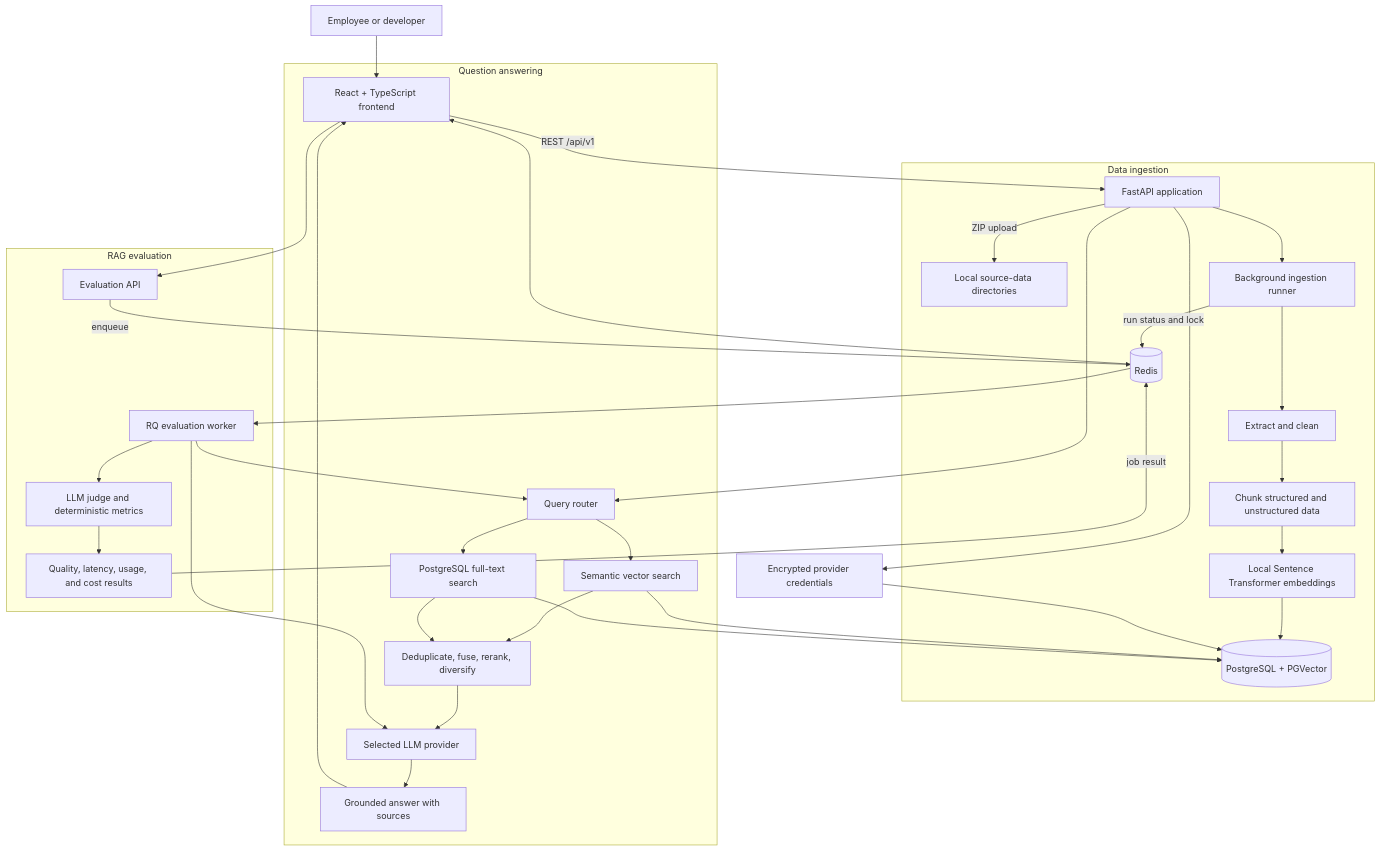
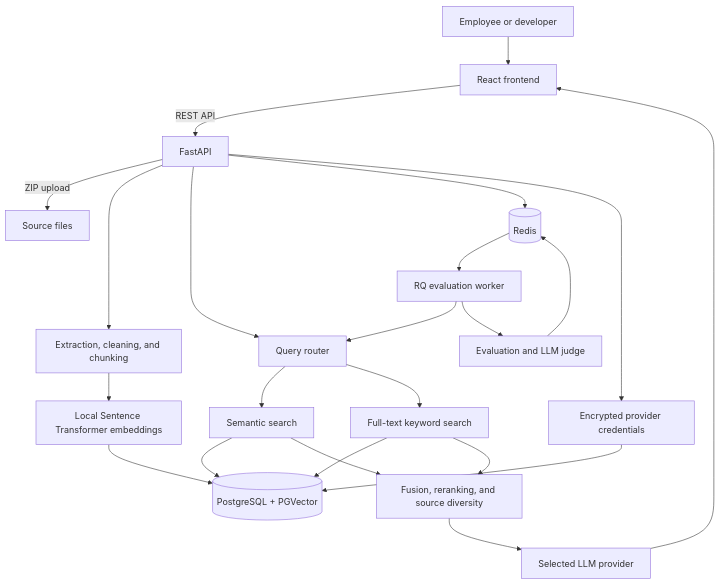
The diagram in README.md (arvind-mocha/Employee_Rag_System), drawn with Mermaid before and after one commit. The commit also changed other lines of this file and 3 other files, not shown here.

````diff
--- a/README.md
+++ b/README.md
@@ -58,43 +39,29 @@
 ```mermaid
 flowchart TB
-    User[Employee or developer] --> UI[React + TypeScript frontend]
-    UI -->|REST /api/v1| API[FastAPI application]
+    User[Employee or developer] --> UI[React frontend]
+    UI -->|REST API| API[FastAPI]
 
-    subgraph Ingestion["Data ingestion"]
-        API -->|ZIP upload| Files[Local source-data directories]
-        API --> Runner[Background ingestion runner]
-        Runner --> Extract[Extract and clean]
-        Extract --> Chunk[Chunk structured and unstructured data]
-        Chunk --> Embed[Local Sentence Transformer embeddings]
-        Embed --> VectorDB[(PostgreSQL + PGVector)]
-        Runner -->|run status and lock| Redis[(Redis)]
-    end
+    API -->|ZIP upload| Files[Source files]
+    API --> Ingestion[Extraction, cleaning, and chunking]
+    Ingestion --> Embeddings[Local Sentence Transformer embeddings]
+    Embeddings --> DB[(PostgreSQL + PGVector)]
 
-    subgraph QA["Question answering"]
-        API --> Router[Query router]
-        Router --> Semantic[Semantic vector search]
-        Router --> Keyword[PostgreSQL full-text search]
-        Semantic --> VectorDB
-        Keyword --> VectorDB
-        Semantic --> Fusion[Deduplicate, fuse, rerank, diversify]
-        Keyword --> Fusion
-        Fusion --> LLM[Selected LLM provider]
-        LLM --> Answer[Grounded answer with sources]
-        Answer --> UI
-    end
+    API --> Router[Query router]
+    Router --> Semantic[Semantic search]
+    Router --> Keyword[Full-text keyword search]
+    Semantic --> DB
+    Keyword --> DB
+    Semantic --> Fusion[Fusion, reranking, and source diversity]
+    Keyword --> Fusion
+    Fusion --> LLM[Selected LLM provider]
+    LLM --> UI
 
-    subgraph Evaluation["RAG evaluation"]
-        UI --> EvalAPI[Evaluation API]
-        EvalAPI -->|enqueue| Redis
-        Redis --> Worker[RQ evaluation worker]
-        Worker --> Router
-        Worker --> LLM
-        Worker --> Judge[LLM judge and deterministic metrics]
-        Judge --> Results[Quality, latency, usage, and cost results]
-        Results -->|job result| Redis
-        Redis --> UI
-    end
+    API --> Redis[(Redis)]
+    Redis --> Worker[RQ evaluation worker]
+    Worker --> Router
+    Worker --> Judge[Evaluation and LLM judge]
+    Judge --> Redis
 
     API --> Credentials[Encrypted provider credentials]
-    Credentials --> VectorDB
+    Credentials --> DB
 ```
````
